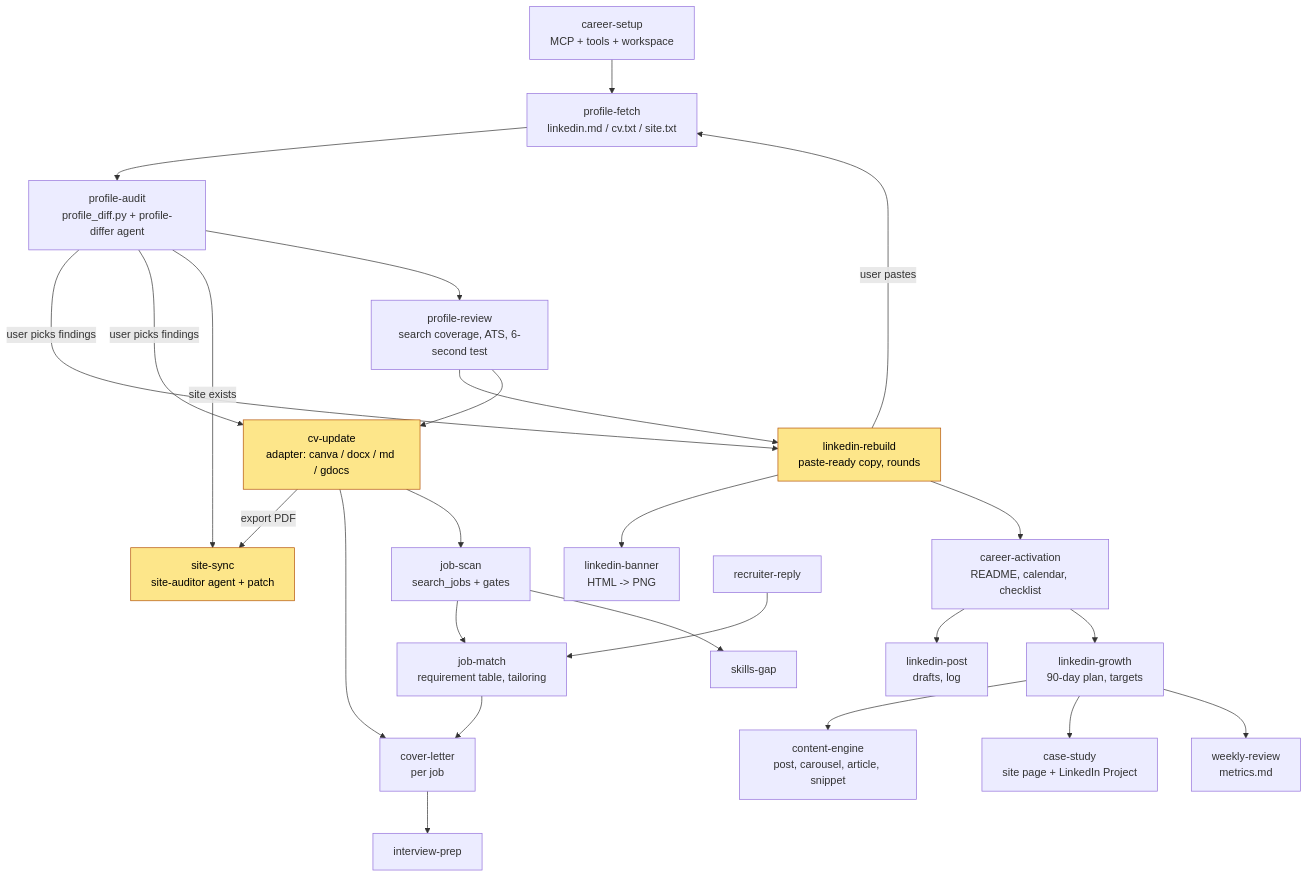
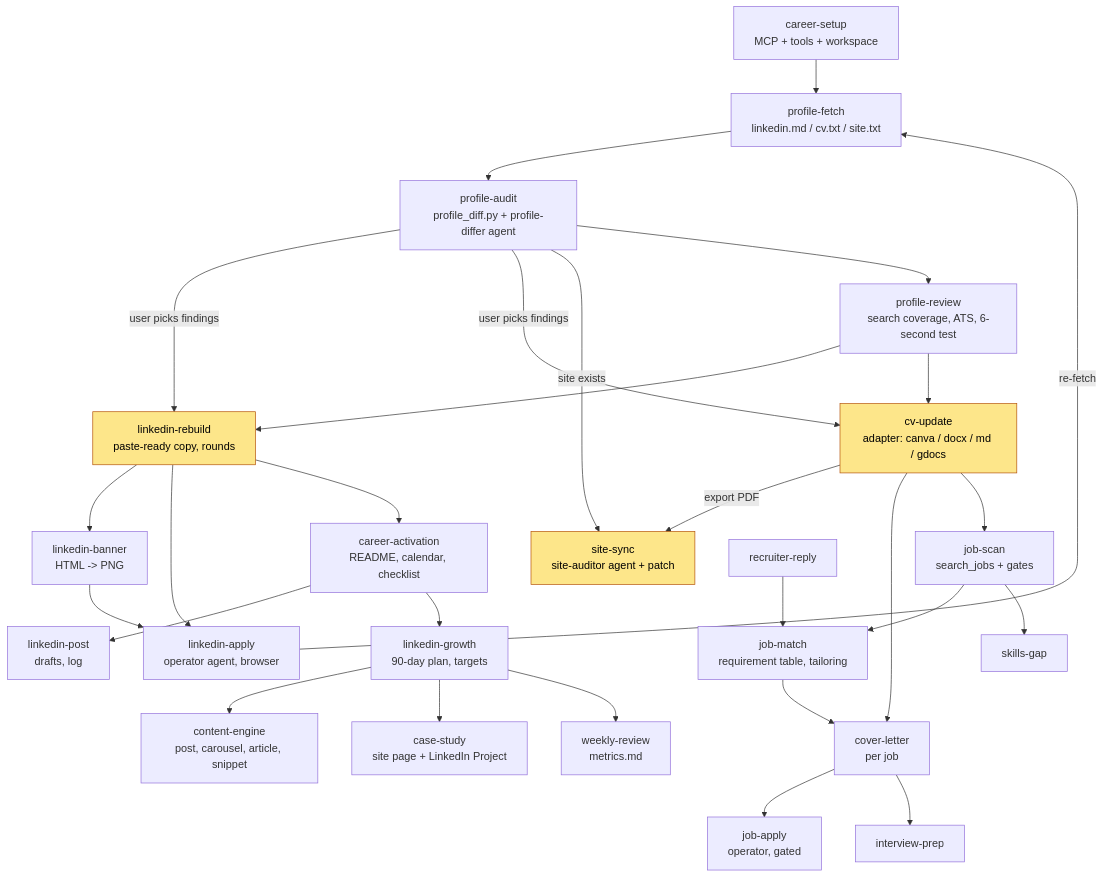
The diagram in docs/flow.md (surohak/career-agents), drawn with Mermaid before and after one commit. The commit also changed other lines of this file and 24 other files, not shown here.

Commit message:
Automation modes (draft, assisted, auto), linkedin-operator agent, linkedin-apply and job-apply skills

````diff
--- a/docs/flow.md
+++ b/docs/flow.md
@@ -3,29 +3,32 @@
 ```mermaid
 flowchart TD
   S0[career-setup<br/>MCP + tools + workspace] --> S1[profile-fetch<br/>linkedin.md / cv.txt / site.txt]
   S1 --> S2[profile-audit<br/>profile_diff.py + profile-differ agent]
   S2 -->|user picks findings| S3[linkedin-rebuild<br/>paste-ready copy, rounds]
   S2 -->|user picks findings| S5[cv-update<br/>adapter: canva / docx / md / gdocs]
   S2 -->|site exists| S6[site-sync<br/>site-auditor agent + patch]
   S3 --> S4[linkedin-banner<br/>HTML -> PNG]
-  S3 -->|user pastes| S1
+  S3 --> S20[linkedin-apply<br/>operator agent, browser]
+  S4 --> S20
+  S20 -->|re-fetch| S1
   S5 -->|export PDF| S6
   S5 --> S7[cover-letter<br/>per job]
   S3 --> S8[career-activation<br/>README, calendar, checklist]
   S8 --> S9[linkedin-post<br/>drafts, log]
   S5 --> S10[job-scan<br/>search_jobs + gates]
   S10 --> S11[job-match<br/>requirement table, tailoring]
   S11 --> S7
+  S7 --> S21[job-apply<br/>operator, gated]
   S7 --> S12[interview-prep]
   S2 --> S13[profile-review<br/>search coverage, ATS, 6-second test]
   S13 --> S3
   S13 --> S5
   S8 --> S14[linkedin-growth<br/>90-day plan, targets]
   S14 --> S15[content-engine<br/>post, carousel, article, snippet]
   S14 --> S16[case-study<br/>site page + LinkedIn Project]
   S14 --> S17[weekly-review<br/>metrics.md]
   S10 --> S18[skills-gap]
   S19[recruiter-reply] --> S11
   classDef gate fill:#fde68a,stroke:#b45309,color:#000;
   class S3,S5,S6 gate;
 ```
````
